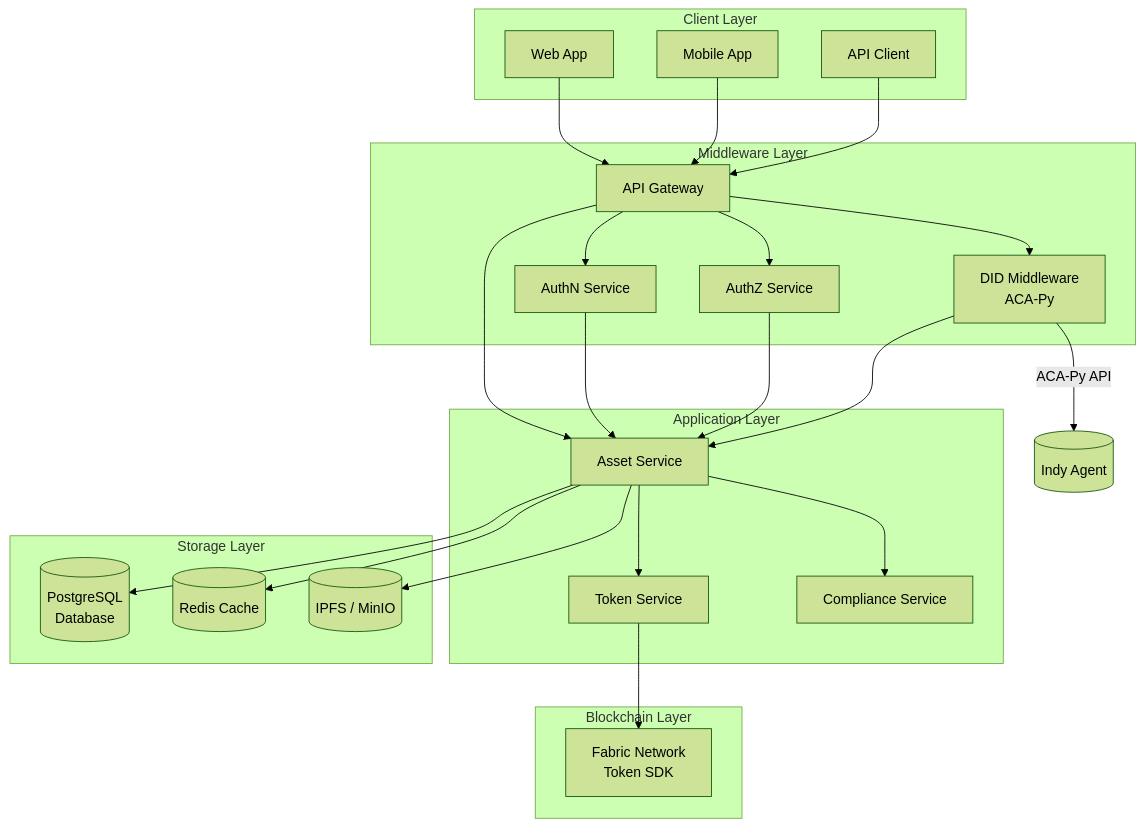
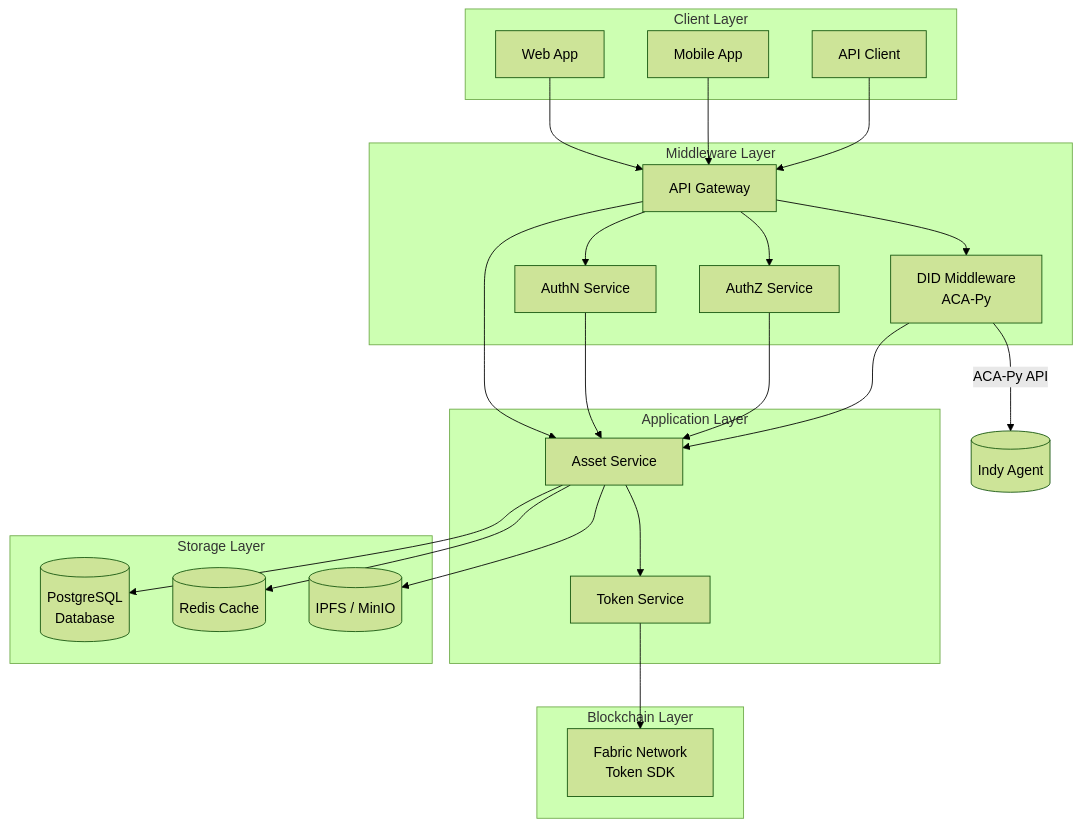
The diagram in docs/technical-design.vi.md (metafi-blockchain/metafi-digital-assets-service), drawn with Mermaid (forest theme) before and after one commit. The commit also changed other lines of this file and 1 other file, not shown here.

````diff
--- a/docs/technical-design.vi.md
+++ b/docs/technical-design.vi.md
@@ -7,67 +7,65 @@
 ```mermaid
 graph TD
     %% Client Layer
     subgraph "Client Layer"
         Web[Web App]
         Mobile[Mobile App]
         API[API Client]
     end
 
     %% Middleware Layer
     subgraph "Middleware Layer"
         Gateway[API Gateway]
         AuthN[AuthN Service]
         AuthZ[AuthZ Service]
         DID[DID Middleware<br/>ACA-Py]
     end
 
     %% Application Layer
     subgraph "Application Layer"
         Asset[Asset Service]
         Token[Token Service]
-        Compliance[Compliance Service]
     end
 
     %% Blockchain Layer
     subgraph "Blockchain Layer"
         Fabric[Fabric Network<br/>Token SDK]
     end
 
     %% Storage Layer
     subgraph "Storage Layer"
         DB[(PostgreSQL<br/>Database)]
         Cache[(Redis Cache)]
         Storage[(IPFS / MinIO)]
     end
 
     %% Flows from Clients
     Web --> Gateway
     Mobile --> Gateway
     API --> Gateway
 
     %% Gateway routing
     Gateway --> AuthN
     Gateway --> AuthZ
     Gateway --> Asset
     Gateway --> DID
 
     %% Auth middleware interaction
     AuthN --> Asset
     AuthZ --> Asset
     DID --> Asset
 
     %% AssetService integration
-    Asset --> Compliance
     Asset --> Token
 
     %% Token → Blockchain
     Token --> Fabric
 
     %% DID interaction with Indy (off-chain)
     DID -->|ACA-Py API| DIDAgent[(Indy Agent)]
 
     %% Asset data persistence
     Asset --> DB
     Asset --> Cache
     Asset --> Storage
 ```
````
